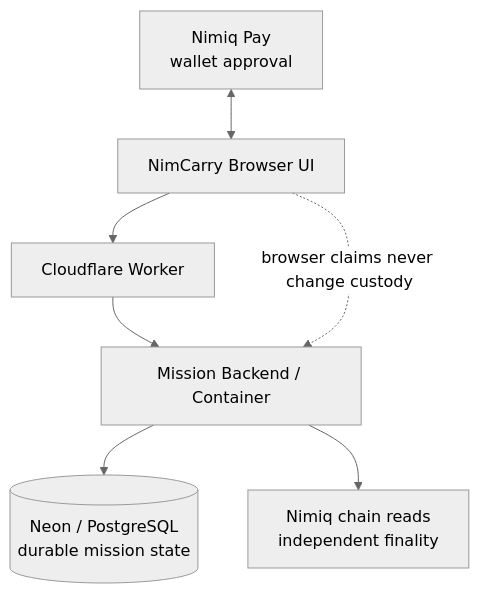
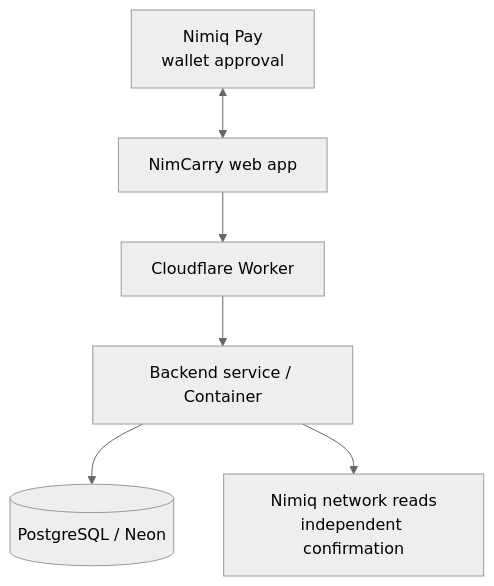
The diagram in README.md (Faadil1/nimcarry), drawn with Mermaid (neutral theme) before and after one commit. The commit also changed other lines of this file and 83 other files, not shown here.

First line of the commit message:
Reposition NimCarry as "send NIM with a private link"

````diff
--- a/README.md
+++ b/README.md
@@ -88,9 +73,8 @@
 ```mermaid
 flowchart TB
-    P[Nimiq Pay<br/>wallet approval] <--> U[NimCarry Browser UI]
+    P[Nimiq Pay<br/>wallet approval] <--> U[NimCarry web app]
     U --> W[Cloudflare Worker]
-    W --> B[Mission Backend / Container]
-    B --> D[(Neon / PostgreSQL<br/>durable mission state)]
-    B --> R[Nimiq chain reads<br/>independent finality]
-    U -. browser claims never change custody .-> B
+    W --> B[Backend service / Container]
+    B --> D[(PostgreSQL / Neon)]
+    B --> R[Nimiq network reads<br/>independent confirmation]
 ```
````
